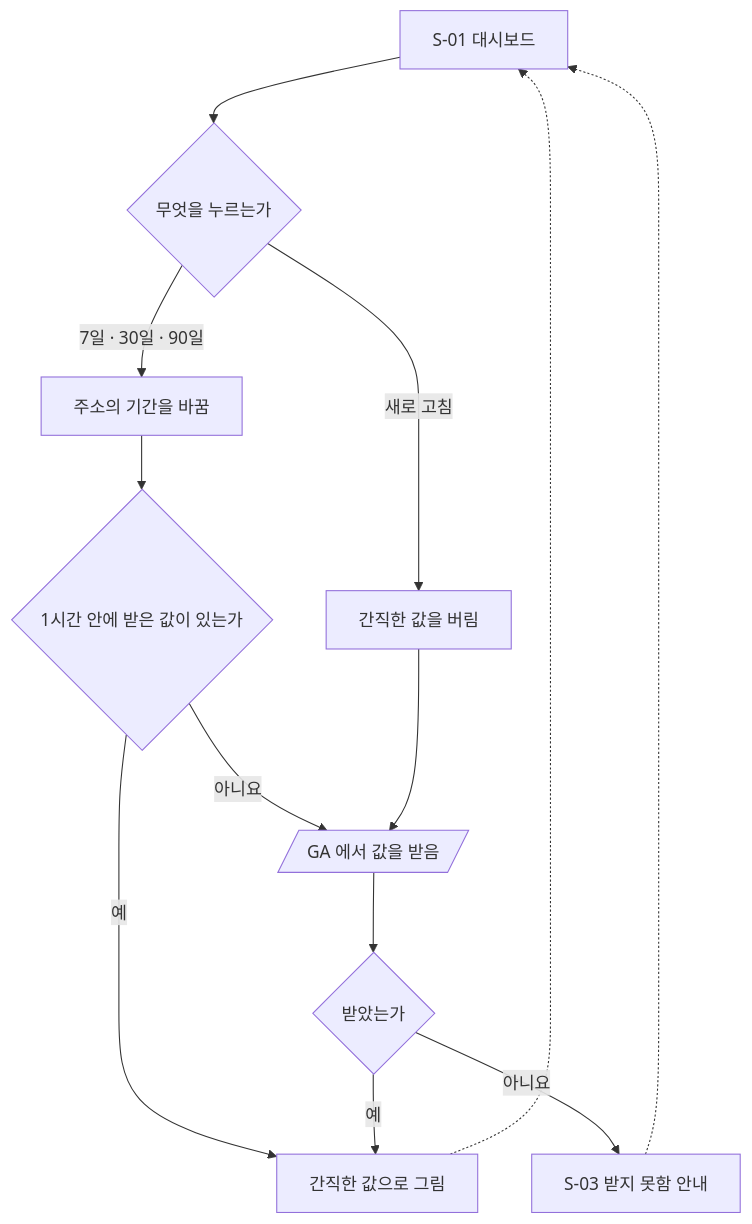
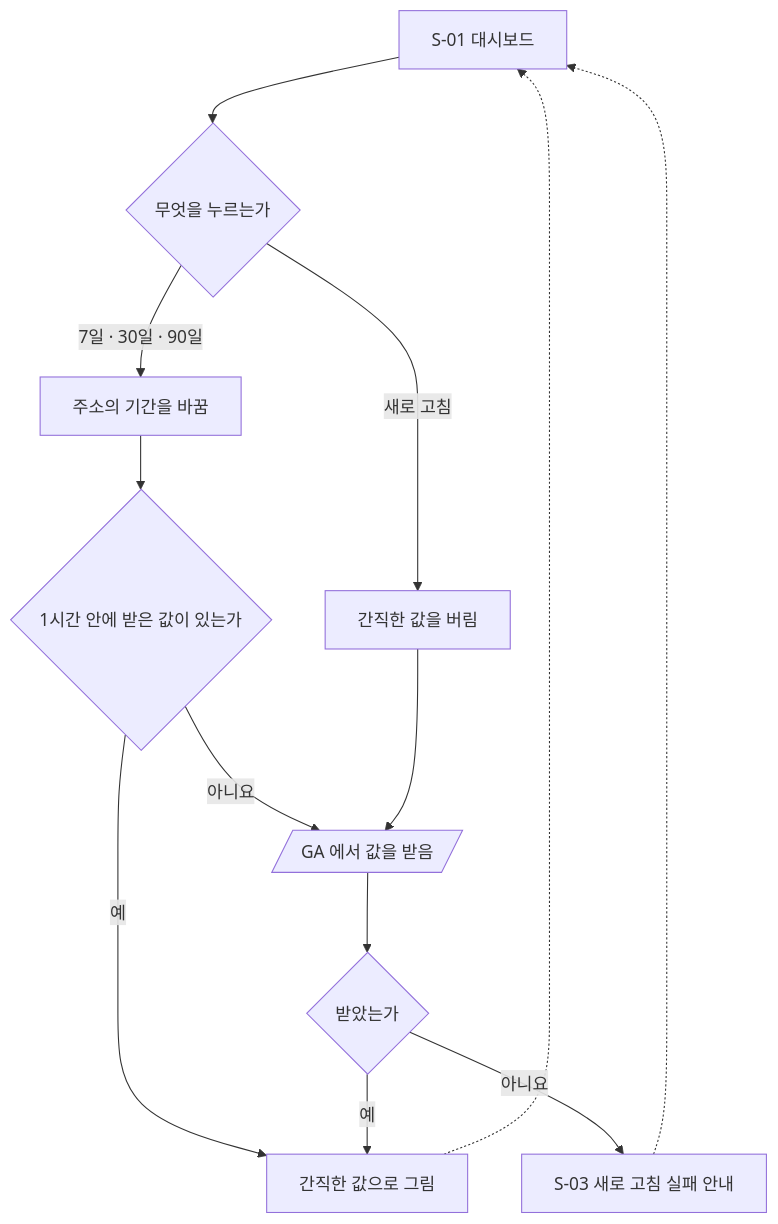
One commit to GUNIZZI/portfolio changed the second of 3 diagrams in docs/plan/admin/dashboard/userflow.md. Above: the diagram before and after it, drawn with Mermaid. The commit also changed other lines of this file and 18 other files, not shown here.

````diff
--- a/docs/plan/admin/dashboard/userflow.md
+++ b/docs/plan/admin/dashboard/userflow.md
@@ -27,15 +27,15 @@
 ```mermaid
 flowchart TD
     D["S-01 대시보드"]:::screen --> W{"무엇을 누르는가"}:::decision
     W -->|"7일 · 30일 · 90일"| URL["주소의 기간을 바꿈"]:::step
     URL --> C{"1시간 안에 받은 값이 있는가"}:::decision
     C -->|"예"| SHOW["간직한 값으로 그림"]:::step
     C -->|"아니요"| GA[/"GA 에서 값을 받음"/]:::api
     W -->|"새로 고침"| DROP["간직한 값을 버림"]:::step
     DROP --> GA
     GA --> R{"받았는가"}:::decision
     R -->|"예"| SHOW
-    R -->|"아니요"| KEEP["S-03 받지 못함 안내"]:::warn
+    R -->|"아니요"| KEEP["S-03 새로 고침 실패 안내"]:::warn
     SHOW -.-> D
     KEEP -.-> D
 ```
````
